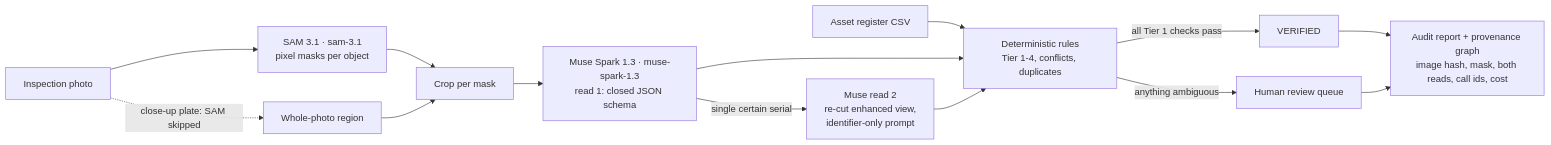
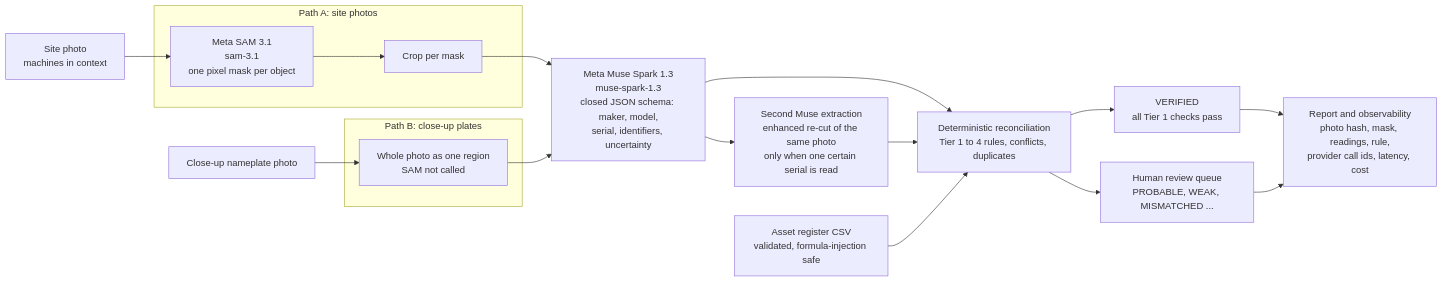
The first of 2 diagrams in README.md (shro-2002/auditglimmer), drawn with Mermaid before and after one commit. The commit also changed other lines of this file and 19 other files, not shown here.

````diff
--- a/README.md
+++ b/README.md
@@ -31,16 +33,33 @@
 ```mermaid
 flowchart LR
-  P[Inspection photo] --> S[SAM 3.1 · sam-3.1<br/>pixel masks per object]
-  P -. close-up plate: SAM skipped .-> W[Whole-photo region]
-  S --> C[Crop per mask]
-  W --> C
-  C --> M1[Muse Spark 1.3 · muse-spark-1.3<br/>read 1: closed JSON schema]
-  M1 -->|single certain serial| M2[Muse read 2<br/>re-cut enhanced view,<br/>identifier-only prompt]
-  L[Asset register CSV] --> R
-  M1 --> R[Deterministic rules<br/>Tier 1-4, conflicts, duplicates]
-  M2 --> R
-  R -->|all Tier 1 checks pass| V[VERIFIED]
-  R -->|anything ambiguous| H[Human review queue]
-  V --> A[Audit report + provenance graph<br/>image hash, mask, both reads, call ids, cost]
-  H --> A
+  REG["Asset register CSV<br/>validated, formula-injection safe"]
+  SITE["Site photo<br/>machines in context"]
+  PLATE["Close-up nameplate photo"]
+
+  subgraph PA["Path A: site photos"]
+    SAM["Meta SAM 3.1<br/>sam-3.1<br/>one pixel mask per object"]
+    CROP["Crop per mask"]
+  end
+
+  subgraph PB["Path B: close-up plates"]
+    FULL["Whole photo as one region<br/>SAM not called"]
+  end
+
+  MUSE["Meta Muse Spark 1.3<br/>muse-spark-1.3<br/>closed JSON schema: maker, model,<br/>serial, identifiers, uncertainty"]
+  READ2["Second Muse extraction<br/>enhanced re-cut of the same photo<br/>only when one certain serial is read"]
+  RULES["Deterministic reconciliation<br/>Tier 1 to 4 rules, conflicts, duplicates"]
+  AUTO["VERIFIED<br/>all Tier 1 checks pass"]
+  HUMAN["Human review queue<br/>PROBABLE, WEAK, MISMATCHED ..."]
+  OUT["Report and observability<br/>photo hash, mask, readings, rule,<br/>provider call ids, latency, cost"]
+
+  SITE --> SAM --> CROP --> MUSE
+  PLATE --> FULL --> MUSE
+  MUSE --> READ2
+  MUSE --> RULES
+  READ2 --> RULES
+  REG --> RULES
+  RULES --> AUTO
+  RULES --> HUMAN
+  AUTO --> OUT
+  HUMAN --> OUT
 ```
````
